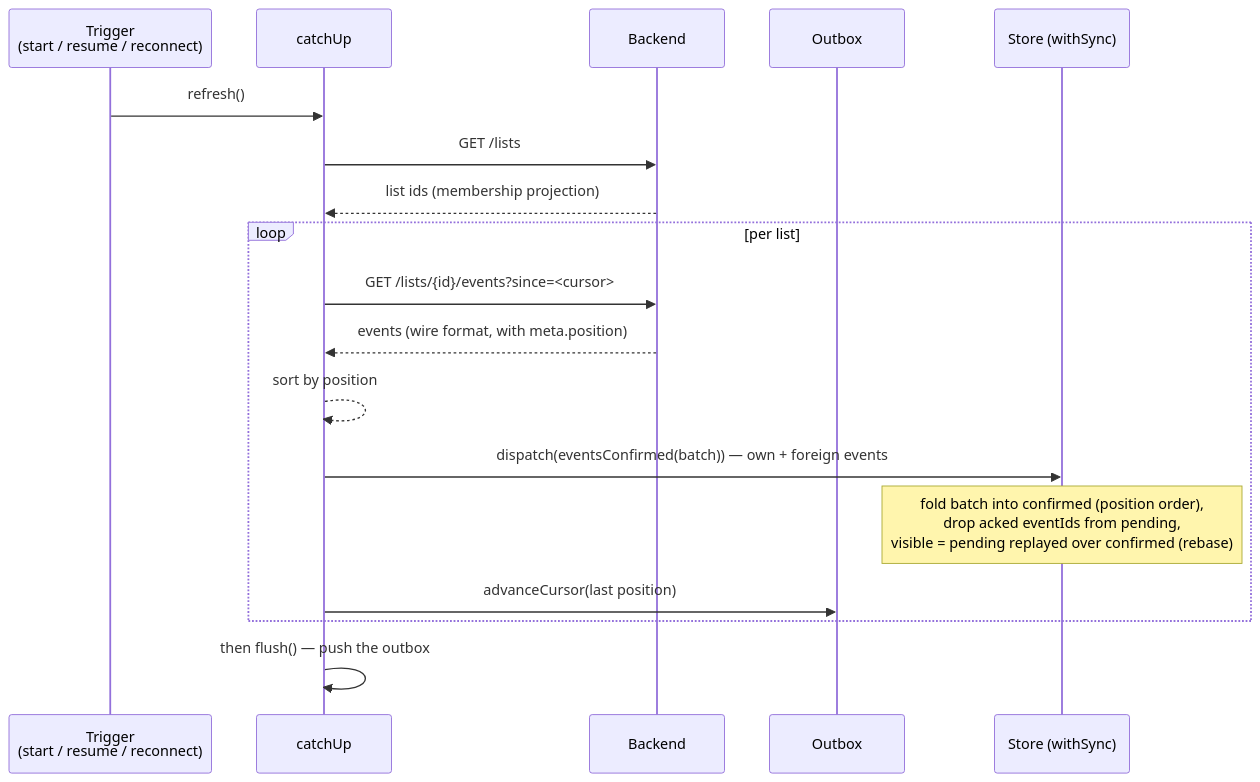
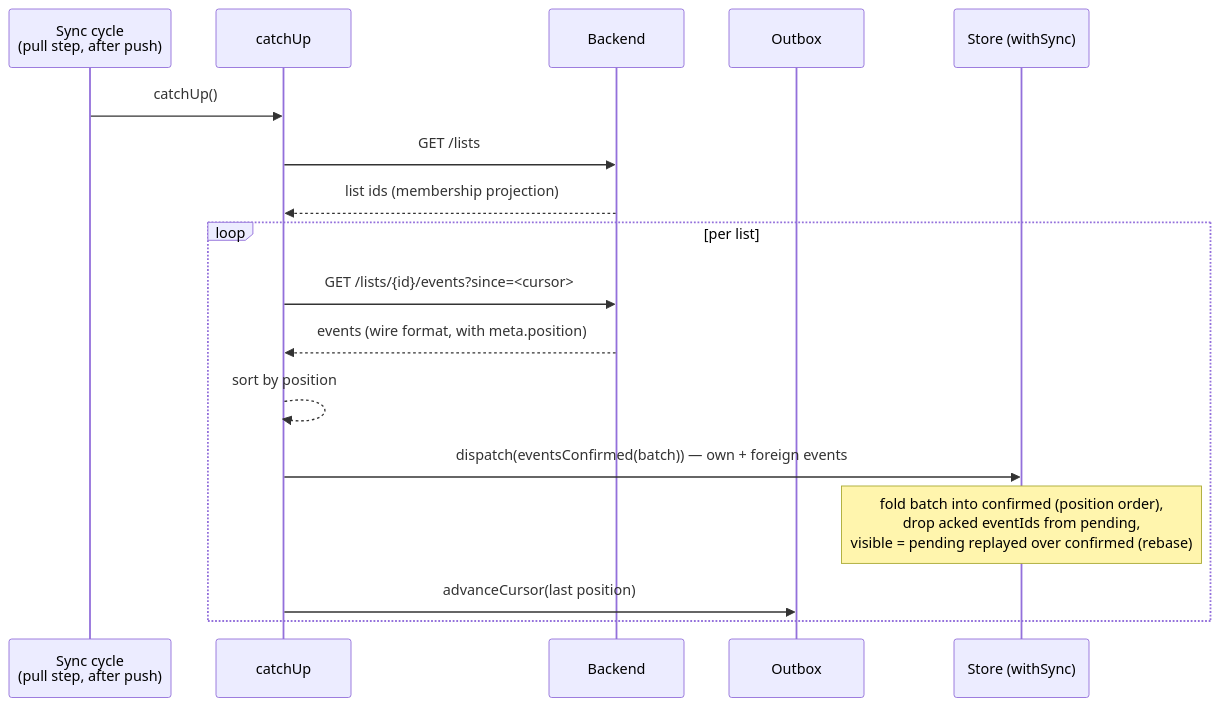
The fourth of 5 diagrams in apps/mobile/src/app/sync/README.md (chrba/shopzebra), drawn with Mermaid before and after one commit. The commit also changed other lines of this file and 9 other files, not shown here.

Commit message:
feat: moved flusher to drainOutbox and sync on every action

````diff
--- a/apps/mobile/src/app/sync/README.md
+++ b/apps/mobile/src/app/sync/README.md
@@ -149,21 +149,20 @@
 ```mermaid
 sequenceDiagram
-    participant T as Trigger<br/>(start / resume / reconnect)
+    participant T as Sync cycle<br/>(pull step, after push)
     participant CU as catchUp
     participant B as Backend
     participant O as Outbox
     participant S as Store (withSync)
 
-    T->>CU: refresh()
+    T->>CU: catchUp()
     CU->>B: GET /lists
     B-->>CU: list ids (membership projection)
     loop per list
         CU->>B: GET /lists/{id}/events?since=<cursor>
         B-->>CU: events (wire format, with meta.position)
         CU-->>CU: sort by position
         CU->>S: dispatch(eventsConfirmed(batch)) — own + foreign events
         Note over S: fold batch into confirmed (position order),<br/>drop acked eventIds from pending,<br/>visible = pending replayed over confirmed (rebase)
         CU->>O: advanceCursor(last position)
     end
-    CU->>CU: then flush() — push the outbox
 ```
````
